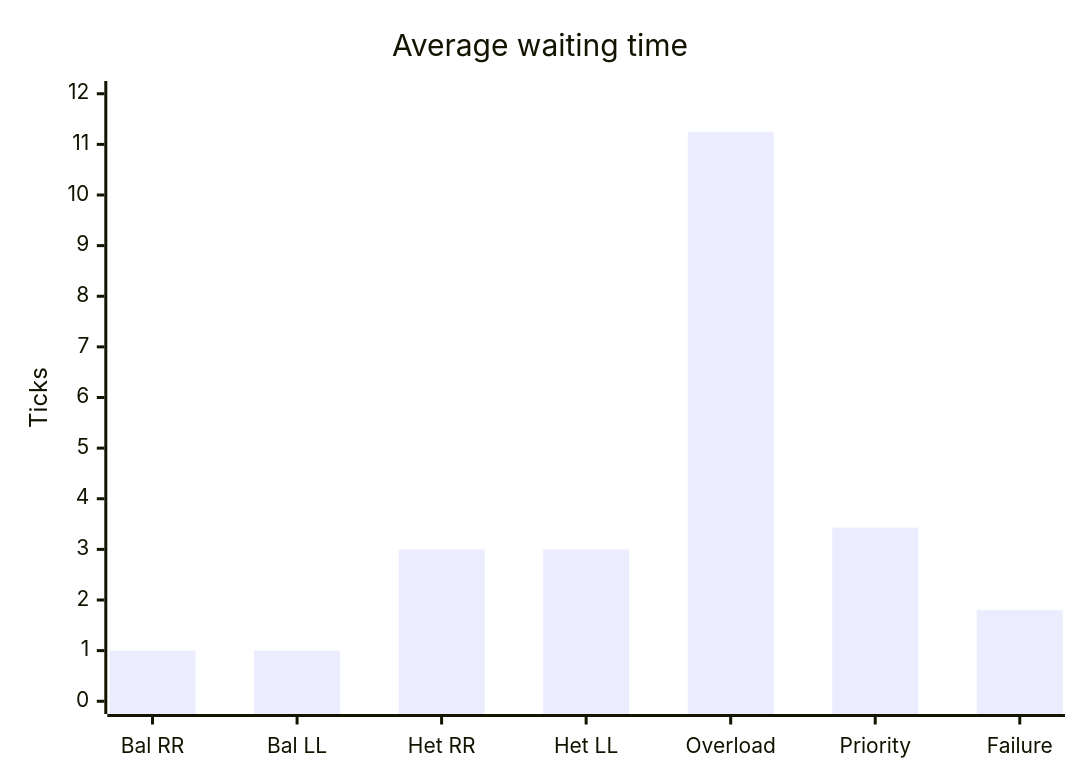
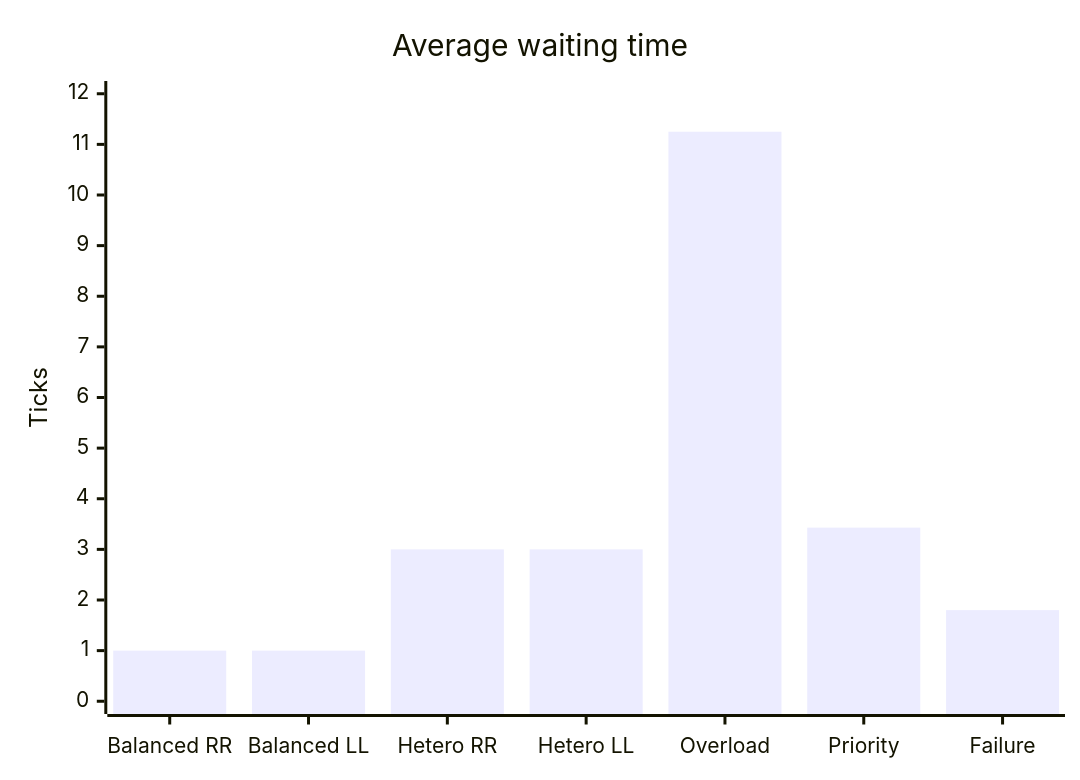
One commit to golubovicluka/CS320-cluster-process-manager changed the second of 2 diagrams in docs/experiments.md. Above: the diagram before and after it, drawn with Mermaid. The commit also changed other lines of this file, not shown here.

````diff
--- a/docs/experiments.md
+++ b/docs/experiments.md
@@ -31,7 +32,7 @@
 ```mermaid
 xychart-beta
     title "Average waiting time"
-    x-axis ["Bal RR", "Bal LL", "Het RR", "Het LL", "Overload", "Priority", "Failure"]
+    x-axis ["Balanced RR", "Balanced LL", "Hetero RR", "Hetero LL", "Overload", "Priority", "Failure"]
     y-axis "Ticks" 0 --> 12
     bar [1, 1, 3, 3, 11.25, 3.43, 1.8]
 ```
````
